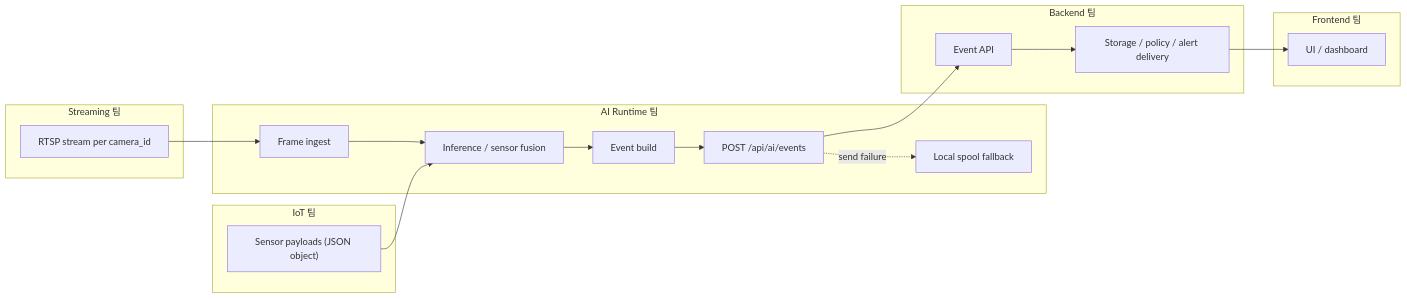
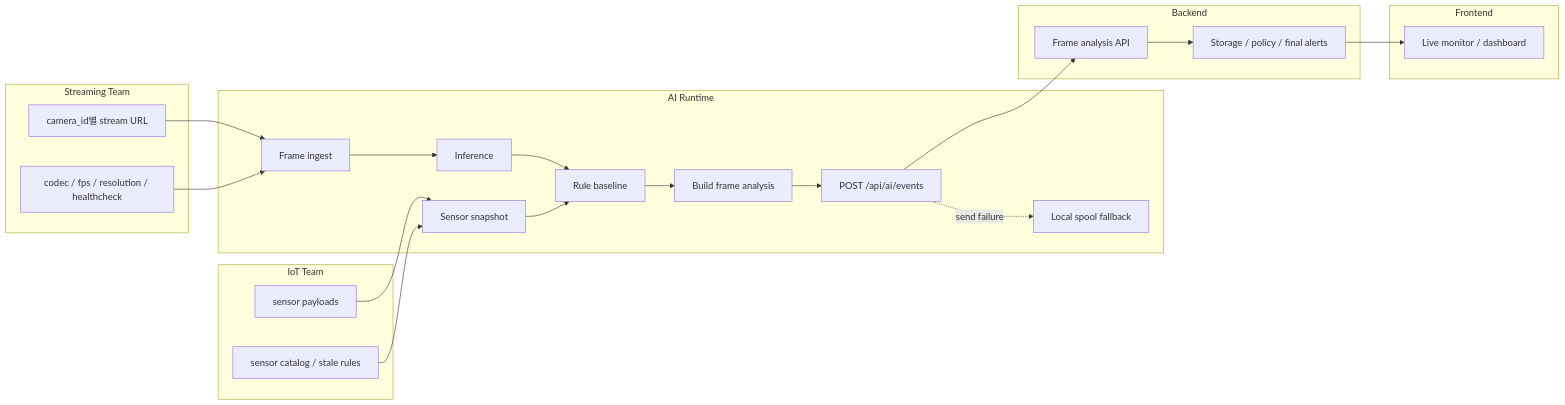
The diagram in docs/shared/architecture.md (Capstone-Bug24/be-ai-endpoint), drawn with Mermaid before and after one commit. The commit also changed other lines of this file and 14 other files, not shown here.

Commit message:
feat: align frame analysis payload contract

````diff
--- a/docs/shared/architecture.md
+++ b/docs/shared/architecture.md
@@ -5,35 +5,42 @@
 ```mermaid
 flowchart LR
-    subgraph Streaming["Streaming 팀"]
-        S1["RTSP stream per camera_id"]
+    subgraph Streaming["Streaming Team"]
+        S1["camera_id별 stream URL"]
+        S2["codec / fps / resolution / healthcheck"]
     end
 
-    subgraph IoT["IoT 팀"]
-        I1["Sensor payloads (JSON object)"]
+    subgraph IoT["IoT Team"]
+        I1["sensor payloads"]
+        I2["sensor catalog / stale rules"]
     end
 
-    subgraph AI["AI Runtime 팀"]
+    subgraph AI["AI Runtime"]
         A1["Frame ingest"]
-        A2["Inference / sensor fusion"]
-        A3["Event build"]
-        A4["POST /api/ai/events"]
-        A5["Local spool fallback"]
-        A1 --> A2 --> A3 --> A4
-        A4 -. send failure .-> A5
+        A2["Inference"]
+        A3["Sensor snapshot"]
+        A4["Rule baseline"]
+        A5["Build frame analysis"]
+        A6["POST /api/ai/events"]
+        A7["Local spool fallback"]
+        A1 --> A2 --> A4 --> A5 --> A6
+        A3 --> A4
+        A6 -. send failure .-> A7
     end
 
-    subgraph Backend["Backend 팀"]
-        B1["Event API"]
-        B2["Storage / policy / alert delivery"]
+    subgraph Backend["Backend"]
+        B1["Frame analysis API"]
+        B2["Storage / policy / final alerts"]
         B1 --> B2
     end
 
-    subgraph Frontend["Frontend 팀"]
-        F1["UI / dashboard"]
+    subgraph Frontend["Frontend"]
+        F1["Live monitor / dashboard"]
     end
 
     S1 --> A1
-    I1 --> A2
-    A4 --> B1
+    S2 --> A1
+    I1 --> A3
+    I2 --> A3
+    A6 --> B1
     B2 --> F1
 ```
````
